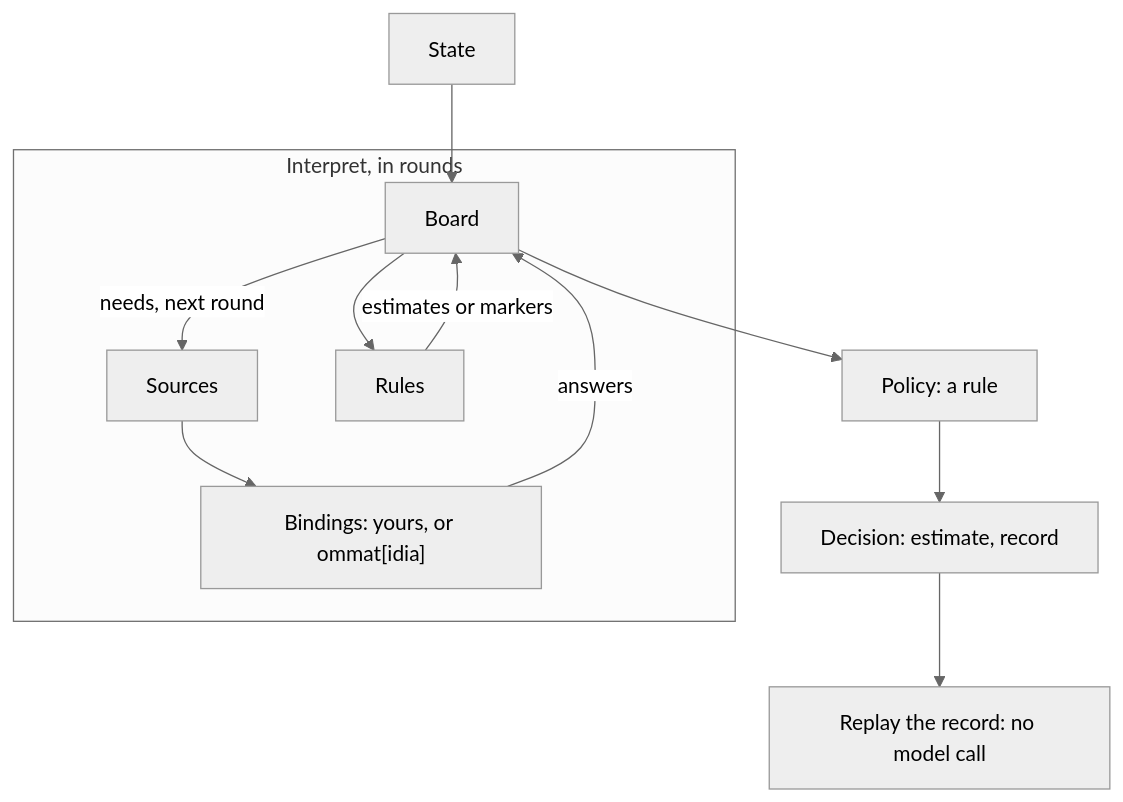
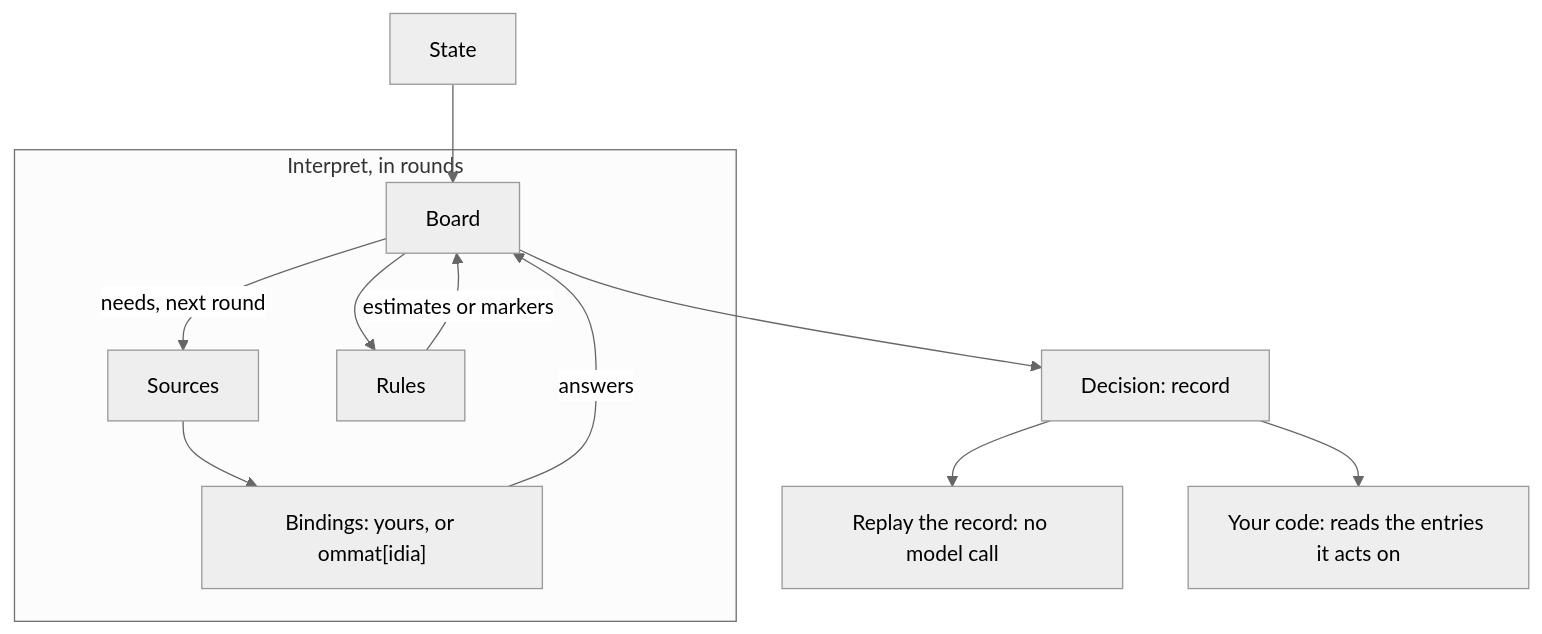
One commit to CRSiegfried/ommat changed the diagram in README.md. Above: the diagram before and after it, drawn with Mermaid (neutral theme). The commit also changed other lines of this file and 164 other files, not shown here.

First line of the commit message:
A design names no policy: a turn's result is its record, and each tool that judges by an entry takes its refs

````diff
--- a/README.md
+++ b/README.md
@@ -19,10 +19,11 @@
 ```mermaid
 flowchart TD
   S["State"] --> Bd
   subgraph I["Interpret, in rounds"]
     Src["Sources"] --> B["Bindings: yours, or ommat[idia]"] -->|answers| Bd["Board"]
     Bd --> Ru["Rules"] -->|"estimates or markers"| Bd
     Bd -->|"needs, next round"| Src
   end
-  Bd --> P["Policy: a rule"] --> D["Decision: estimate, record"] --> Rp["Replay the record: no model call"]
+  Bd --> D["Decision: record"] --> Rp["Replay the record: no model call"]
+  D --> C["Your code: reads the entries it acts on"]
 ```
````
